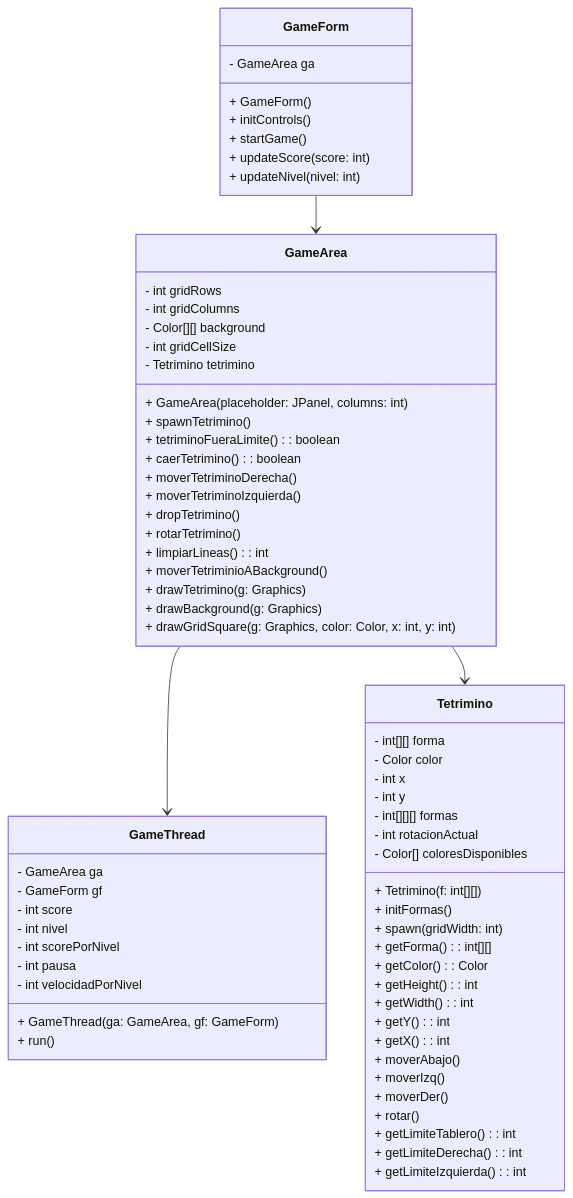
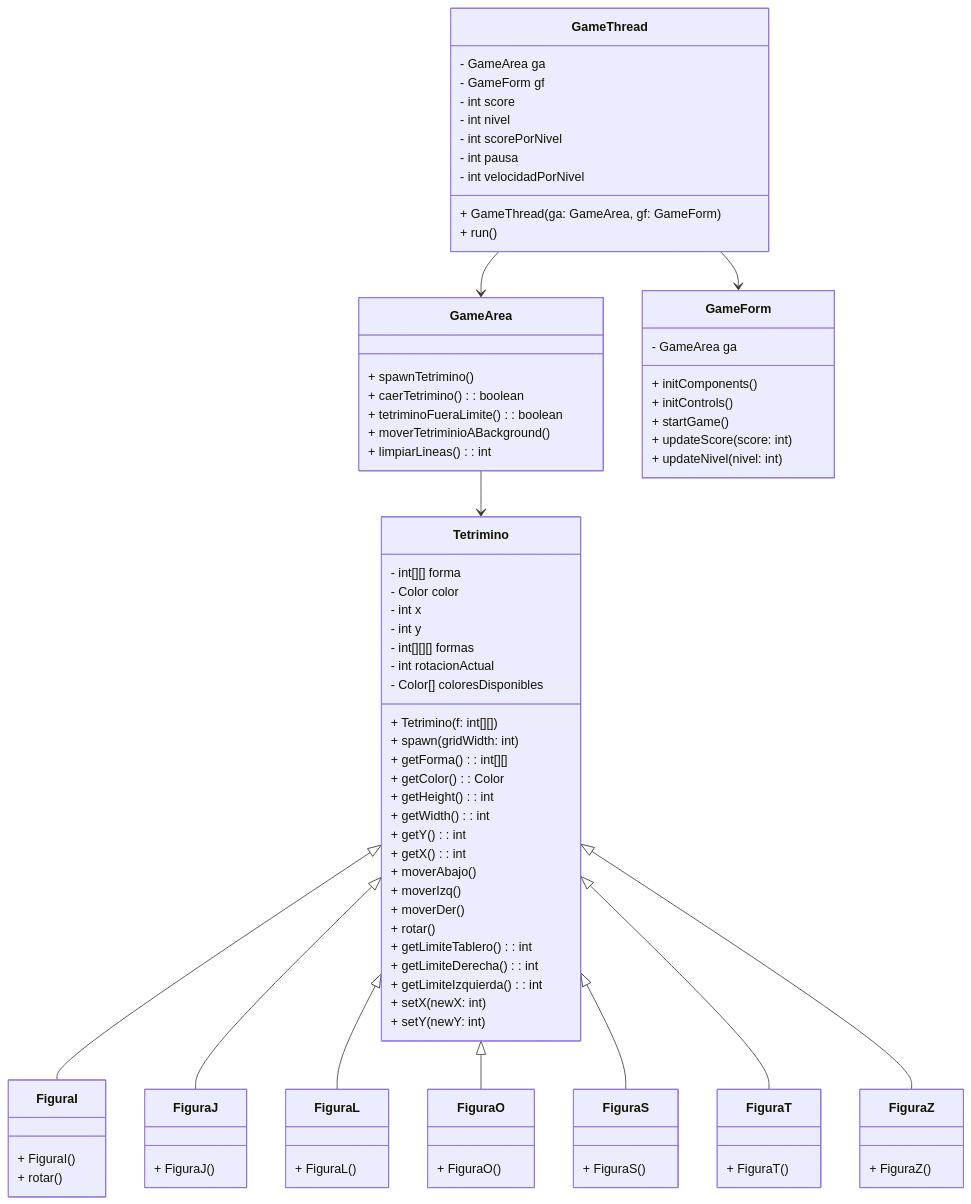
The diagram in README.md (Lakori4/Tetris), drawn with Mermaid before and after one commit. The commit also changed other lines of this file, not shown here.

````diff
--- a/README.md
+++ b/README.md
@@ -3,35 +3,5 @@
 ```mermaid
 classDiagram
-    class GameForm {
-        - GameArea ga
-        + GameForm()
-        + initControls()
-        + startGame()
-        + updateScore(score: int)
-        + updateNivel(nivel: int)
-    }
-
-    class GameArea {
-        - int gridRows
-        - int gridColumns
-        - Color[][] background
-        - int gridCellSize
-        - Tetrimino tetrimino
-        + GameArea(placeholder: JPanel, columns: int)
-        + spawnTetrimino()
-        + tetriminoFueraLimite(): boolean
-        + caerTetrimino(): boolean
-        + moverTetriminoDerecha()
-        + moverTetriminoIzquierda()
-        + dropTetrimino()
-        + rotarTetrimino()
-        + limpiarLineas(): int
-        + moverTetriminioABackground()
-        + drawTetrimino(g: Graphics)
-        + drawBackground(g: Graphics)
-        + drawGridSquare(g: Graphics, color: Color, x: int, y: int)
-    }
-
     class GameThread {
         - GameArea ga
         - GameForm gf
@@ -44,6 +14,23 @@
         + run()
     }
 
+    class GameArea {
+        + spawnTetrimino()
+        + caerTetrimino(): boolean
+        + tetriminoFueraLimite(): boolean
+        + moverTetriminioABackground()
+        + limpiarLineas(): int
+    }
+
+    class GameForm {
+       - GameArea ga
+        + initComponents()
+        + initControls()
+        + startGame()
+        + updateScore(score: int)
+        + updateNivel(nivel: int)
+    }
+
     class Tetrimino {
         - int[][] forma
         - Color color
@@ -53,7 +40,6 @@
         - int rotacionActual
         - Color[] coloresDisponibles
         + Tetrimino(f: int[][])
-        + initFormas()
         + spawn(gridWidth: int)
         + getForma(): int[][]
         + getColor(): Color
@@ -68,9 +54,48 @@
         + getLimiteTablero(): int
         + getLimiteDerecha(): int
         + getLimiteIzquierda(): int
+        + setX(newX: int)
+        + setY(newY: int)
     }
 
-    GameForm --> GameArea
-    GameArea --> GameThread
+    class FiguraI {
+        + FiguraI()
+        + rotar()
+    }
+
+    class FiguraJ {
+        + FiguraJ()
+    }
+
+    class FiguraL {
+        + FiguraL()
+    }
+
+    class FiguraO {
+        + FiguraO()
+    }
+
+    class FiguraS {
+        + FiguraS()
+    }
+
+    class FiguraT {
+        + FiguraT()
+    }
+
+    class FiguraZ {
+        + FiguraZ()
+    }
+
+    GameThread --> GameArea
+    GameThread --> GameForm
     GameArea --> Tetrimino
+    Tetrimino <|-- FiguraI
+    Tetrimino <|-- FiguraJ
+    Tetrimino <|-- FiguraL
+    Tetrimino <|-- FiguraO
+    Tetrimino <|-- FiguraS
+    Tetrimino <|-- FiguraT
+    Tetrimino <|-- FiguraZ
+
 ```
````
